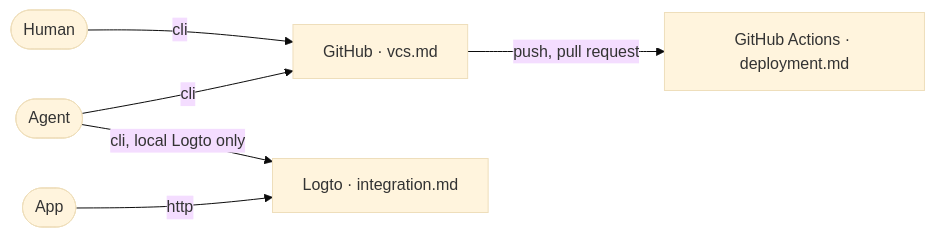
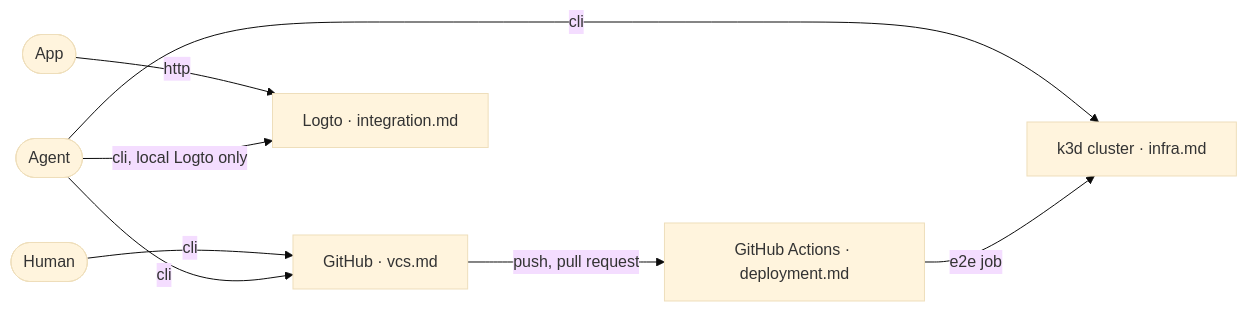
Before and after one commit to Aliud-Corp/logto-operator: the diagram in aidd_docs/memory/ecosystem.md, drawn with Mermaid (base theme). The commit also changed 8 other files, not shown here.

````diff
--- a/aidd_docs/memory/ecosystem.md
+++ b/aidd_docs/memory/ecosystem.md
@@ -3,15 +3,18 @@
 ```mermaid
 flowchart LR
   Human([Human])
   Agent([Agent])
   App([App])
   GitHub["GitHub · vcs.md"]
   Actions["GitHub Actions · deployment.md"]
   Logto["Logto · integration.md"]
+  K3d["k3d cluster · infra.md"]
 
   Human -- cli --> GitHub
   Agent -- cli --> GitHub
   App -- http --> Logto
   Agent -- "cli, local Logto only" --> Logto
+  Agent -- cli --> K3d
   GitHub -- "push, pull request" --> Actions
+  Actions -- "e2e job" --> K3d
 ```
````
